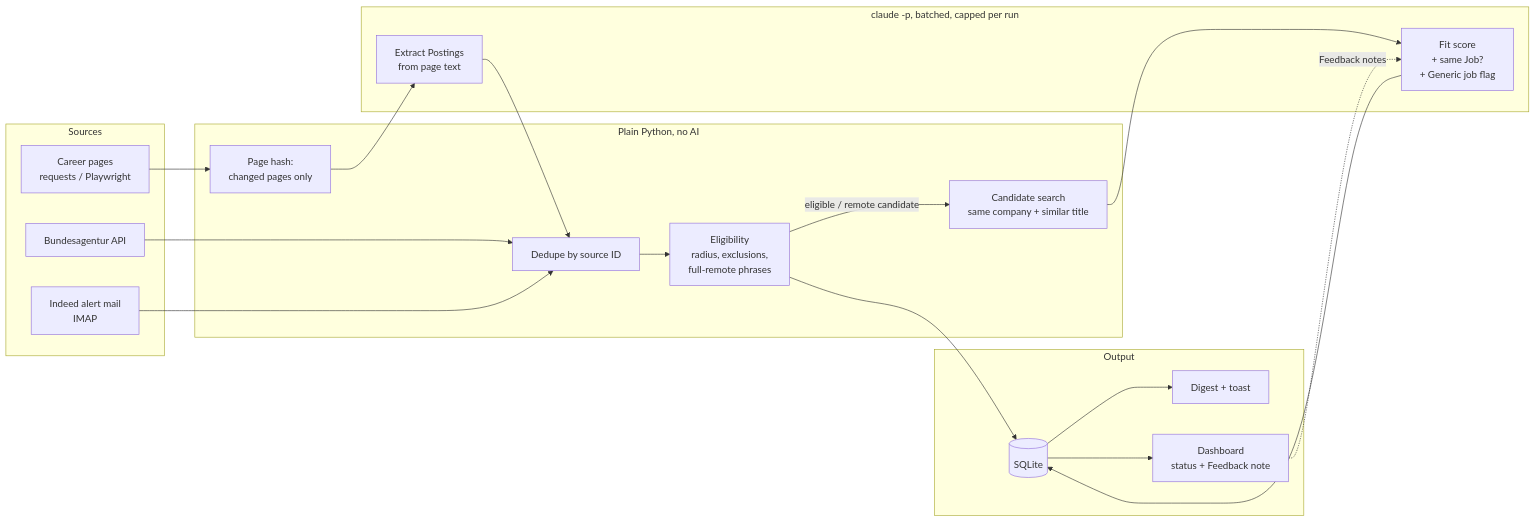
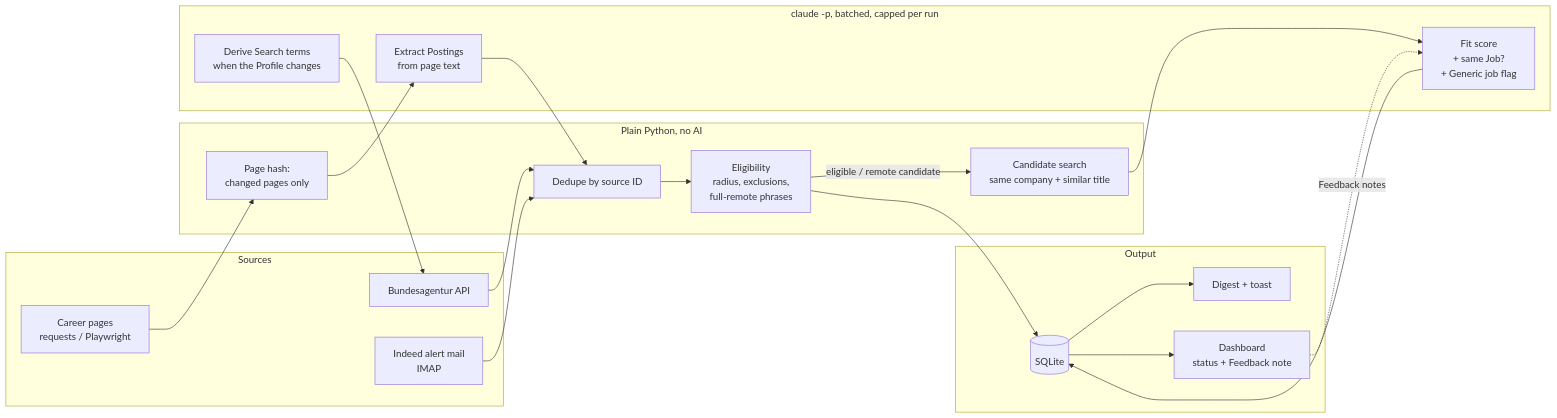
Before and after one commit to H4ppyFlu/JobSearch: the diagram in README.md, drawn with Mermaid. The commit also changed other lines of this file and 8 other files, not shown here.

First line of the commit message:
Phase 9: Search terms derived from the Profile

````diff
--- a/README.md
+++ b/README.md
@@ -13,32 +13,33 @@
 ```mermaid
 flowchart LR
     subgraph Sources
         BA[Bundesagentur API]
         IM[Indeed alert mail<br/>IMAP]
         CP[Career pages<br/>requests / Playwright]
     end
     subgraph Rules["Plain Python, no AI"]
         DD[Dedupe by source ID]
         EL[Eligibility<br/>radius, exclusions,<br/>full-remote phrases]
         CS[Candidate search<br/>same company + similar title]
         HS[Page hash:<br/>changed pages only]
     end
     subgraph AI["claude -p, batched, capped per run"]
+        ST[Derive Search terms<br/>when the Profile changes]
         SC[Fit score<br/>+ same Job?<br/>+ Generic job flag]
         EX[Extract Postings<br/>from page text]
     end
     subgraph Output
         DB[(SQLite)]
         DG[Digest + toast]
         DA[Dashboard<br/>status + Feedback note]
     end
+    ST --> BA
     BA --> DD
     IM --> DD
     CP --> HS --> EX --> DD
     DD --> EL --> DB
     EL -- eligible / remote candidate --> CS --> SC --> DB
     DB --> DG
     DB --> DA
     DA -. Feedback notes .-> SC
-    classDef planned stroke-dasharray: 5 5
 ```
````
